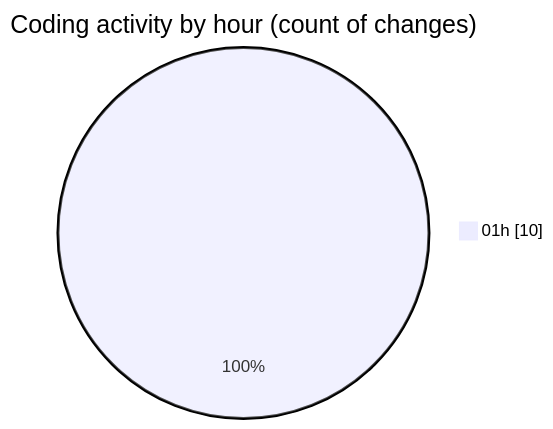
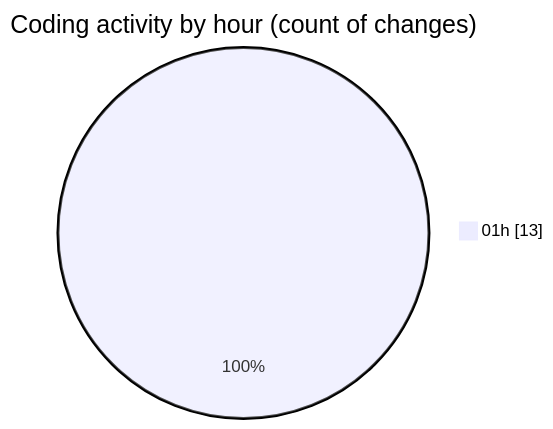
Before and after one commit to Ritupan-Deka/code-tracking: the second of 2 diagrams in 2025-05-23/expensetracker/README.md, drawn with Mermaid. The commit also changed other lines of this file and 1 other file, not shown here.

````diff
--- a/2025-05-23/expensetracker/README.md
+++ b/2025-05-23/expensetracker/README.md
@@ -30,5 +31,5 @@
 ```mermaid
 pie showData
 title Coding activity by hour (count of changes)
-"01h" : 10
+"01h" : 13
 ```
````
